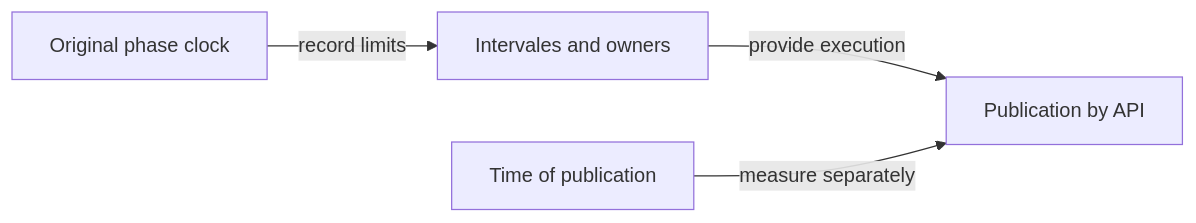
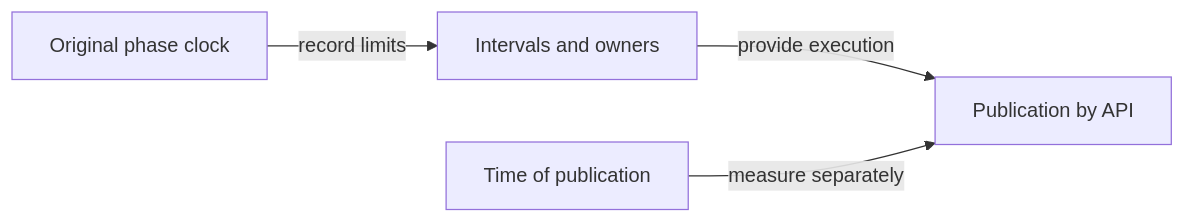
Before and after one commit to crististefanita/atf_j4: the diagram in docs/reporting/ATF_PhaseTiming.md, drawn with Mermaid. The commit also changed other lines of this file and 126 other files, not shown here.

````diff
--- a/docs/reporting/ATF_PhaseTiming.md
+++ b/docs/reporting/ATF_PhaseTiming.md
@@ -18,6 +18,6 @@
 ```mermaid
 flowchart LR
-    CLOCK[Original phase clock] -->|record limits| TRACE[Intervales and owners]
+    CLOCK[Original phase clock] -->|record limits| TRACE[Intervals and owners]
     TRACE -->|provide execution| REPORT[Publication by API]
     PUBLISH[Time of publication] -->|measure separately| REPORT
 ```
````
